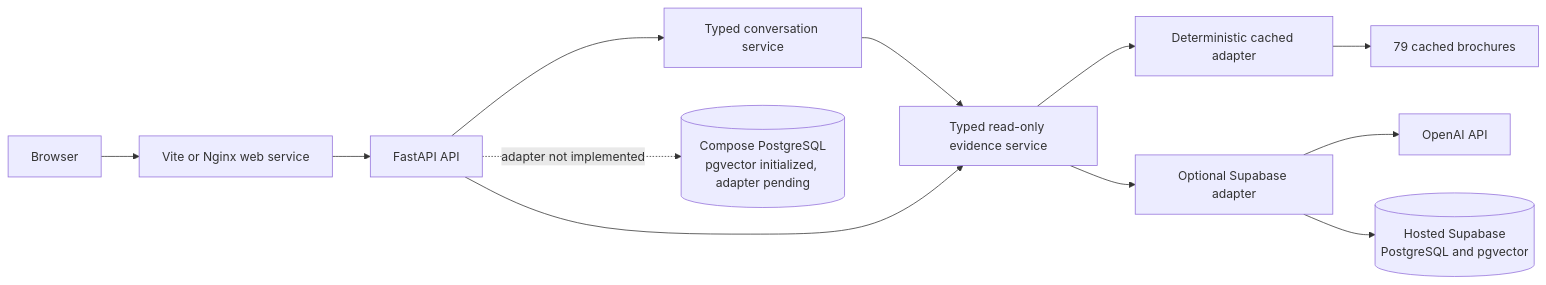
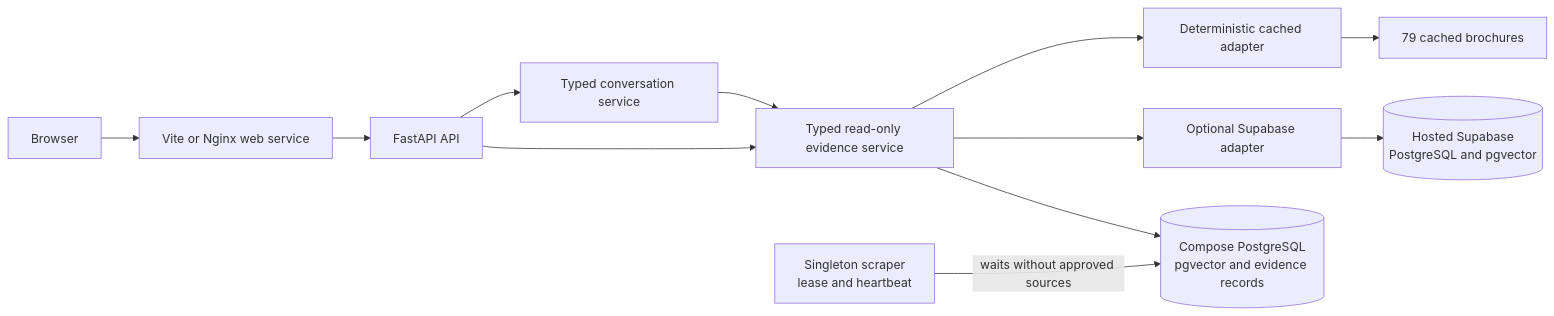
One commit to dgxy2002/sn-hackathon changed the first of 2 diagrams in docs/diagrams/local-topology.md. Above: the diagram before and after it, drawn with Mermaid. The commit also changed other lines of this file and 24 other files, not shown here.

````diff
--- a/docs/diagrams/local-topology.md
+++ b/docs/diagrams/local-topology.md
@@ -7,27 +7,27 @@
 ```mermaid
 flowchart LR
     Browser[Browser]
     Web[Vite or Nginx web service]
     API[FastAPI API]
     Agent[Typed conversation service]
     Evidence[Typed read-only evidence service]
 
     Corpus[79 cached brochures]
     Cached[Deterministic cached adapter]
     Live[Optional Supabase adapter]
-    OpenAI[OpenAI API]
     Supabase[(Hosted Supabase<br/>PostgreSQL and pgvector)]
-    LocalDB[(Compose PostgreSQL<br/>pgvector initialized, adapter pending)]
+    LocalDB[(Compose PostgreSQL<br/>pgvector and evidence records)]
+    Scraper[Singleton scraper<br/>lease and heartbeat]
 
     Browser --> Web
     Web --> API
     API --> Agent
     Agent --> Evidence
     API --> Evidence
     Evidence --> Cached
     Cached --> Corpus
+    Evidence --> LocalDB
     Evidence --> Live
-    Live --> OpenAI
     Live --> Supabase
-    API -. adapter not implemented .-> LocalDB
+    Scraper -->|waits without approved sources| LocalDB
 ```
````
